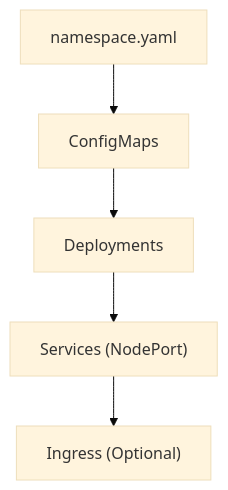
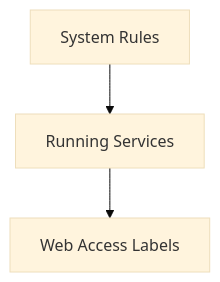
The diagram in infra/README.md (iammohith/MLOps-System-for-Clinical-Treatment-Outcome-Prediction), drawn with Mermaid (base theme) before and after one commit. The commit also changed other lines of this file and 9 other files, not shown here.

````diff
--- a/infra/README.md
+++ b/infra/README.md
@@ -38,7 +33,5 @@
 ```mermaid
 graph TD
-    NS["namespace.yaml"] --> CF["ConfigMaps"]
-    CF --> DEPL["Deployments"]
-    DEPL --> SVC["Services (NodePort)"]
-    SVC --> ING["Ingress (Optional)"]
+    A["System Rules"] --> B["Running Services"]
+    B --> C["Web Access Labels"]
 ```
````
